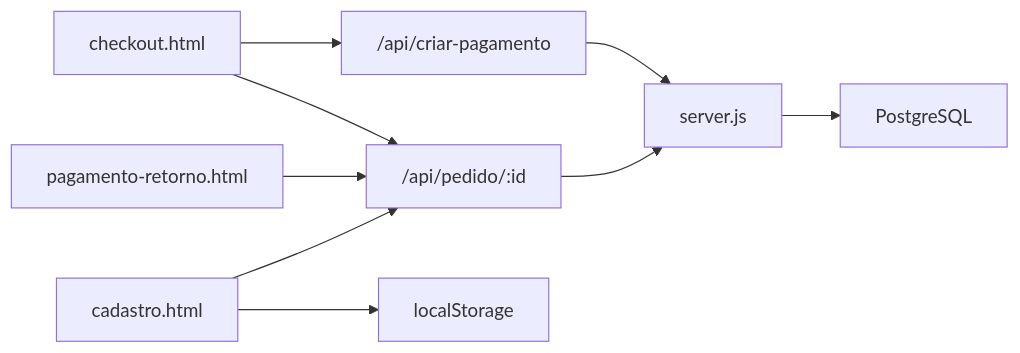
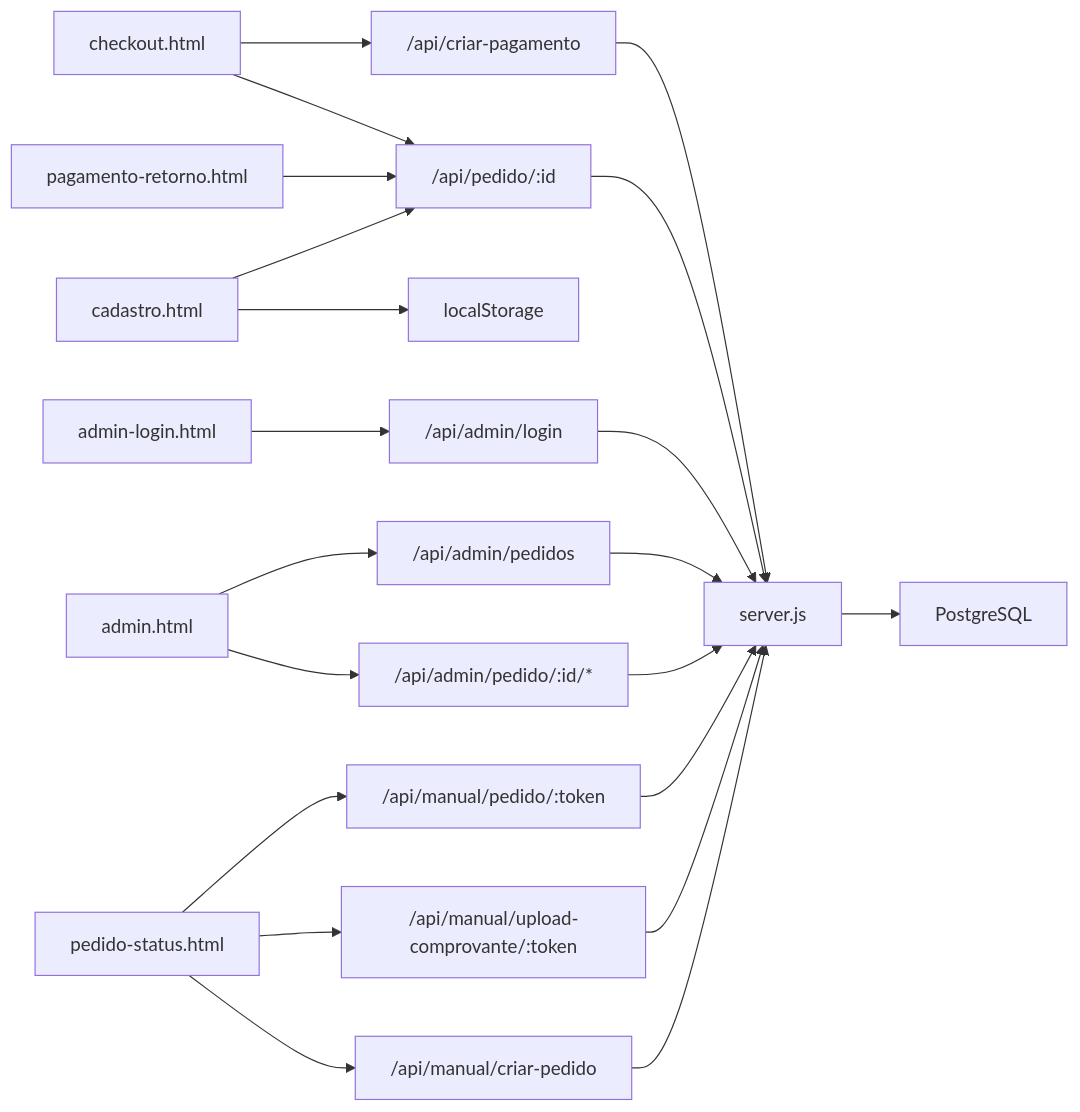
The third of 3 diagrams in .qoder/repowiki/en/content/Frontend Components/Frontend Components.md (Alexandrexicara/qretiquetas.com), drawn with Mermaid before and after one commit. The commit also changed other lines of this file and 6 other files, not shown here.

````diff
--- a/.qoder/repowiki/en/content/Frontend Components/Frontend Components.md
+++ b/.qoder/repowiki/en/content/Frontend Components/Frontend Components.md
@@ -219,11 +332,23 @@
 ```mermaid
 graph LR
 CHK["checkout.html"] --> API1["/api/criar-pagamento"]
 CHK --> API2["/api/pedido/:id"]
 RET["pagamento-retorno.html"] --> API2
 CAD["cadastro.html"] --> LS["localStorage"]
 CAD --> API2
+ADL["admin-login.html"] --> API3["/api/admin/login"]
+ADM["admin.html"] --> API4["/api/admin/pedidos"]
+ADM --> API5["/api/admin/pedido/:id/*"]
+PS["pedido-status.html"] --> API6["/api/manual/pedido/:token"]
+PS --> API7["/api/manual/upload-comprovante/:token"]
+PS --> API8["/api/manual/criar-pedido"]
 API1 --> SRV["server.js"]
 API2 --> SRV
+API3 --> SRV
+API4 --> SRV
+API5 --> SRV
+API6 --> SRV
+API7 --> SRV
+API8 --> SRV
 SRV --> DB["PostgreSQL"]
 ```
````
